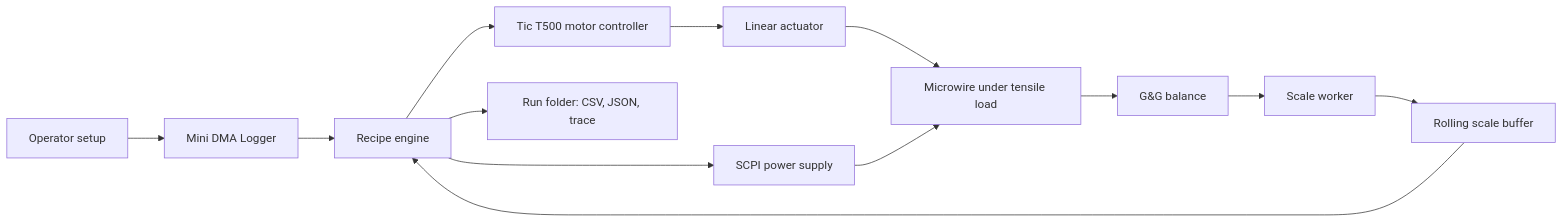
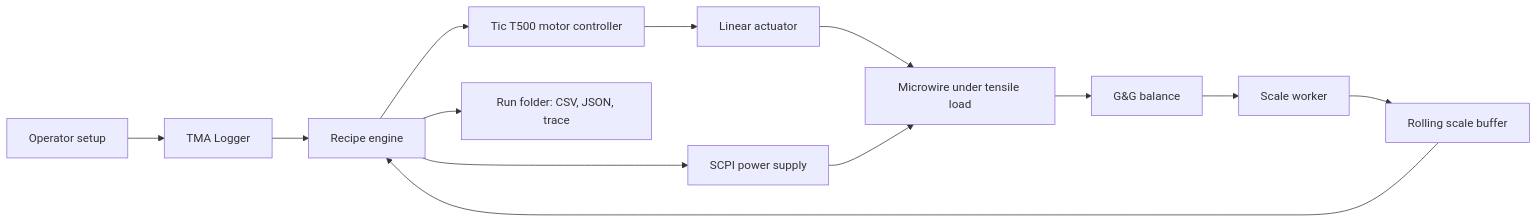
One commit to MMMM2000/PyPlot changed the first of 3 diagrams in docs/mini_dma_presentation_context.md. Above: the diagram before and after it, drawn with Mermaid. The commit also changed other lines of this file and 155 other files, not shown here.

Commit message:
Rename Mini DMA display text to TMA

````diff
--- a/docs/mini_dma_presentation_context.md
+++ b/docs/mini_dma_presentation_context.md
@@ -350,15 +350,15 @@
 ```mermaid
 flowchart LR
-    Operator[Operator setup] --> App[Mini DMA Logger]
+    Operator[Operator setup] --> App[TMA Logger]
     App --> Recipe[Recipe engine]
     Recipe --> Tic[Tic T500 motor controller]
     Recipe --> Supply[SCPI power supply]
     Balance[G&G balance] --> ScaleWorker[Scale worker]
     ScaleWorker --> Buffer[Rolling scale buffer]
     Buffer --> Recipe
     Tic --> Stage[Linear actuator]
     Stage --> Wire[Microwire under tensile load]
     Supply --> Wire
     Wire --> Balance
     Recipe --> Logs[Run folder: CSV, JSON, trace]
 ```
````
